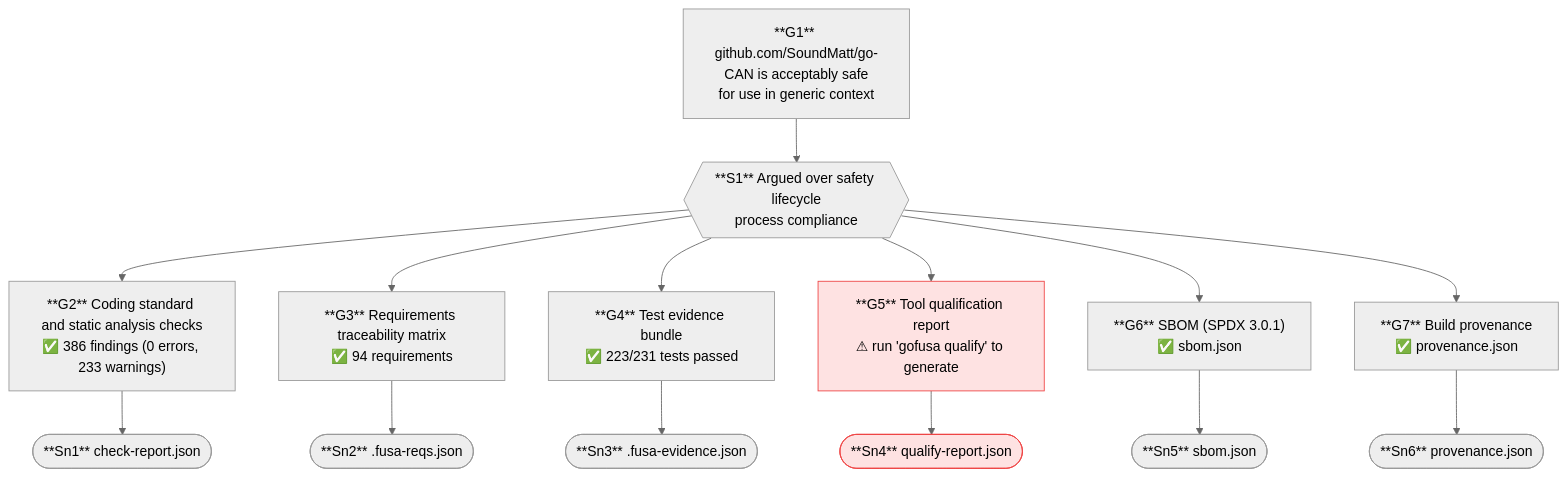
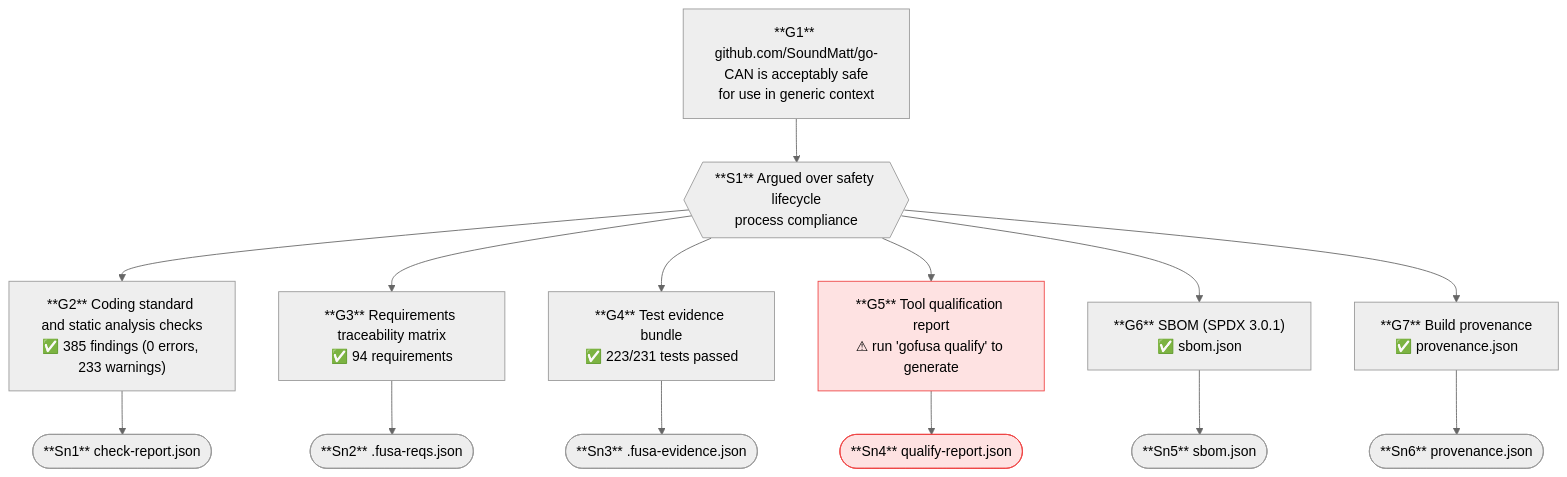
Before and after one commit to SoundMatt/go-CAN: the diagram in safety-case.mermaid, drawn with Mermaid (neutral theme). The commit also changed 17 other files, not shown here.

```diff
--- a/safety-case.mermaid
+++ b/safety-case.mermaid
@@ -1,30 +1,30 @@
 flowchart TD
     G1["**G1** github.com/SoundMatt/go-CAN is acceptably safe\nfor use in generic context"]
     S1{{"**S1** Argued over safety lifecycle\nprocess compliance"}}
-    G2["**G2** Coding standard and static analysis checks\n✅ 386 findings (0 errors, 233 warnings)"]
+    G2["**G2** Coding standard and static analysis checks\n✅ 385 findings (0 errors, 233 warnings)"]
     Sn1(["**Sn1** check-report.json"])
     G3["**G3** Requirements traceability matrix\n✅ 94 requirements"]
     Sn2(["**Sn2** .fusa-reqs.json"])
     G4["**G4** Test evidence bundle\n✅ 223/231 tests passed"]
     Sn3(["**Sn3** .fusa-evidence.json"])
     G5["**G5** Tool qualification report\n⚠ run 'gofusa qualify' to generate"]
     Sn4(["**Sn4** qualify-report.json"])
     G6["**G6** SBOM (SPDX 3.0.1)\n✅ sbom.json"]
     Sn5(["**Sn5** sbom.json"])
     G7["**G7** Build provenance\n✅ provenance.json"]
     Sn6(["**Sn6** provenance.json"])
     G1 --> S1
     S1 --> G2
     S1 --> G3
     S1 --> G4
     S1 --> G5
     S1 --> G6
     S1 --> G7
     G2 --> Sn1
     G3 --> Sn2
     G4 --> Sn3
     G5 --> Sn4
     G6 --> Sn5
     G7 --> Sn6
     style G5 fill:#fee2e2,stroke:#ef4444
     style Sn4 fill:#fee2e2,stroke:#ef4444
```
